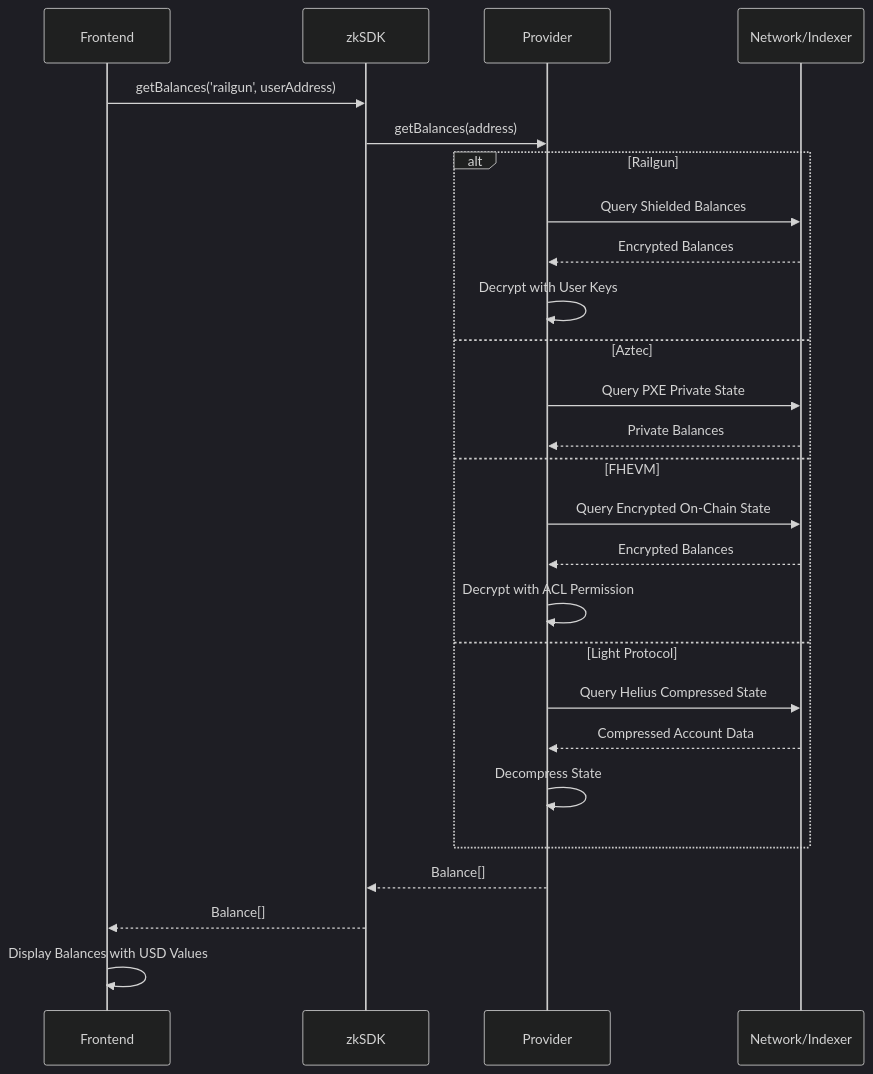
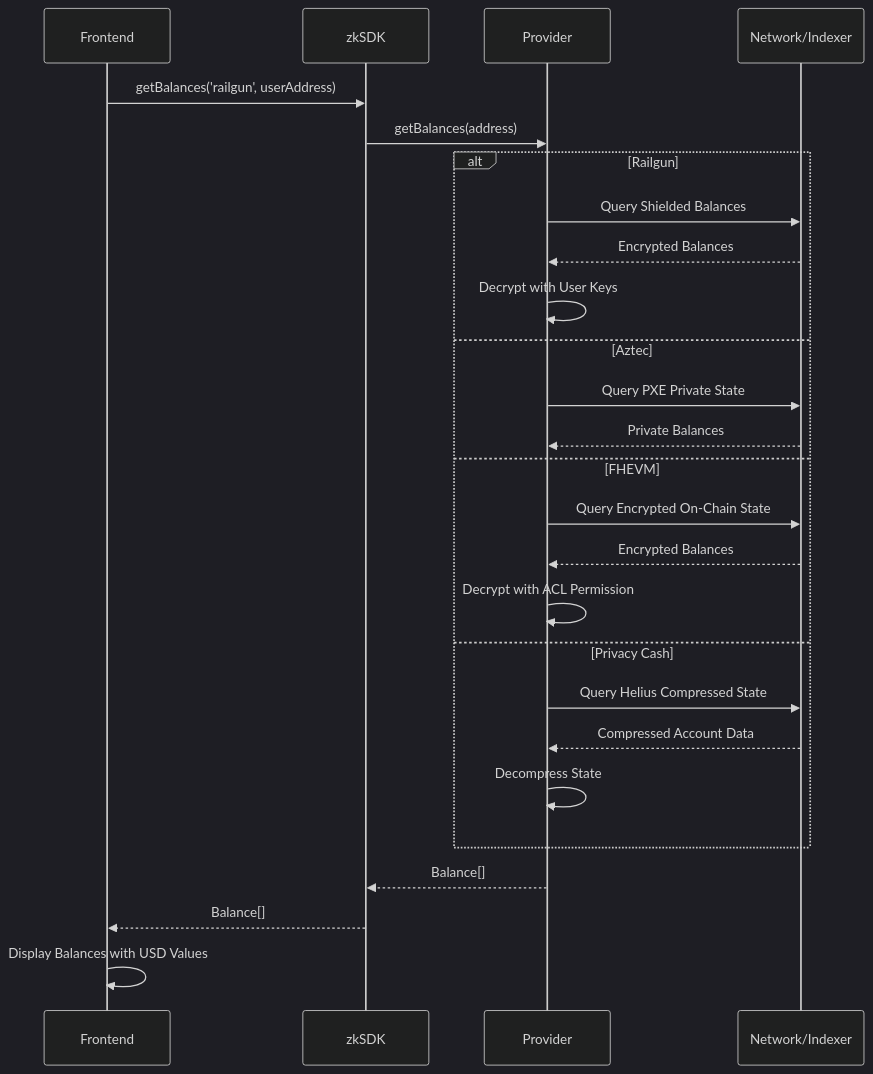
The ninth of 13 diagrams in privacy-agent/docs/INTEGRATION_FLOWS.md (zksdkjs/agent), drawn with Mermaid (dark theme) before and after one commit. The commit also changed other lines of this file and 102 other files, not shown here.

````diff
--- a/privacy-agent/docs/INTEGRATION_FLOWS.md
+++ b/privacy-agent/docs/INTEGRATION_FLOWS.md
@@ -350,31 +350,31 @@
 ```mermaid
 sequenceDiagram
     participant Frontend
     participant zkSDK
     participant Provider
     participant Network/Indexer
 
     Frontend->>zkSDK: getBalances('railgun', userAddress)
     zkSDK->>Provider: getBalances(address)
 
     alt Railgun
         Provider->>Network/Indexer: Query Shielded Balances
         Network/Indexer-->>Provider: Encrypted Balances
         Provider->>Provider: Decrypt with User Keys
     else Aztec
         Provider->>Network/Indexer: Query PXE Private State
         Network/Indexer-->>Provider: Private Balances
     else FHEVM
         Provider->>Network/Indexer: Query Encrypted On-Chain State
         Network/Indexer-->>Provider: Encrypted Balances
         Provider->>Provider: Decrypt with ACL Permission
-    else Light Protocol
+    else Privacy Cash
         Provider->>Network/Indexer: Query Helius Compressed State
         Network/Indexer-->>Provider: Compressed Account Data
         Provider->>Provider: Decompress State
     end
 
     Provider-->>zkSDK: Balance[]
     zkSDK-->>Frontend: Balance[]
     Frontend->>Frontend: Display Balances with USD Values
 ```
````
